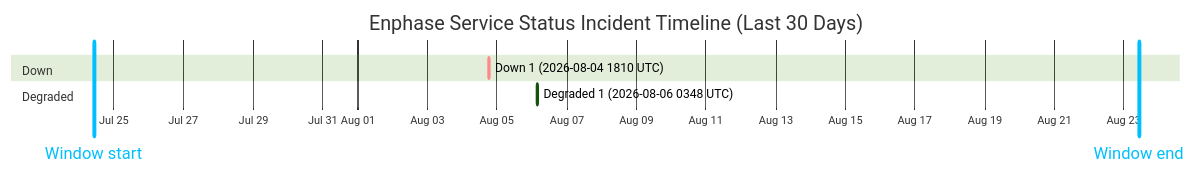
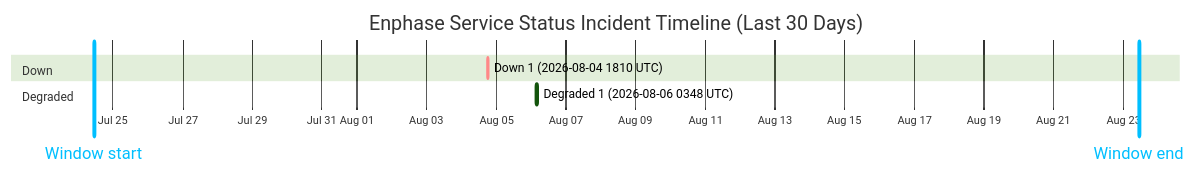
Before and after one commit to barneyonline/ha-enphase-energy: the diagram in wiki/Service-Status-History.md, drawn with Mermaid (forest theme). The commit also changed other lines of this file and 3 other files, not shown here.

````diff
--- a/wiki/Service-Status-History.md
+++ b/wiki/Service-Status-History.md
@@ -14,12 +14,12 @@
 ```mermaid
 gantt
     title Enphase Service Status Incident Timeline (Last 30 Days)
     dateFormat  YYYY-MM-DDTHH:mm:ss
     axisFormat  %b %d
-    Window start :vert, window-start, 2026-07-24T10:21:35, 0ms
-    Window end :vert, window-end, 2026-08-23T10:21:35, 0ms
+    Window start :vert, window-start, 2026-07-24T10:49:31, 0ms
+    Window end :vert, window-end, 2026-08-23T10:49:31, 0ms
     section Down
     Down 1 (2026-08-04 1810 UTC) :crit, down-1, 2026-08-04T18:10:46, 60m
     section Degraded
     Degraded 1 (2026-08-06 0348 UTC) :active, degraded-1, 2026-08-06T03:48:14, 60m
 ```
````
